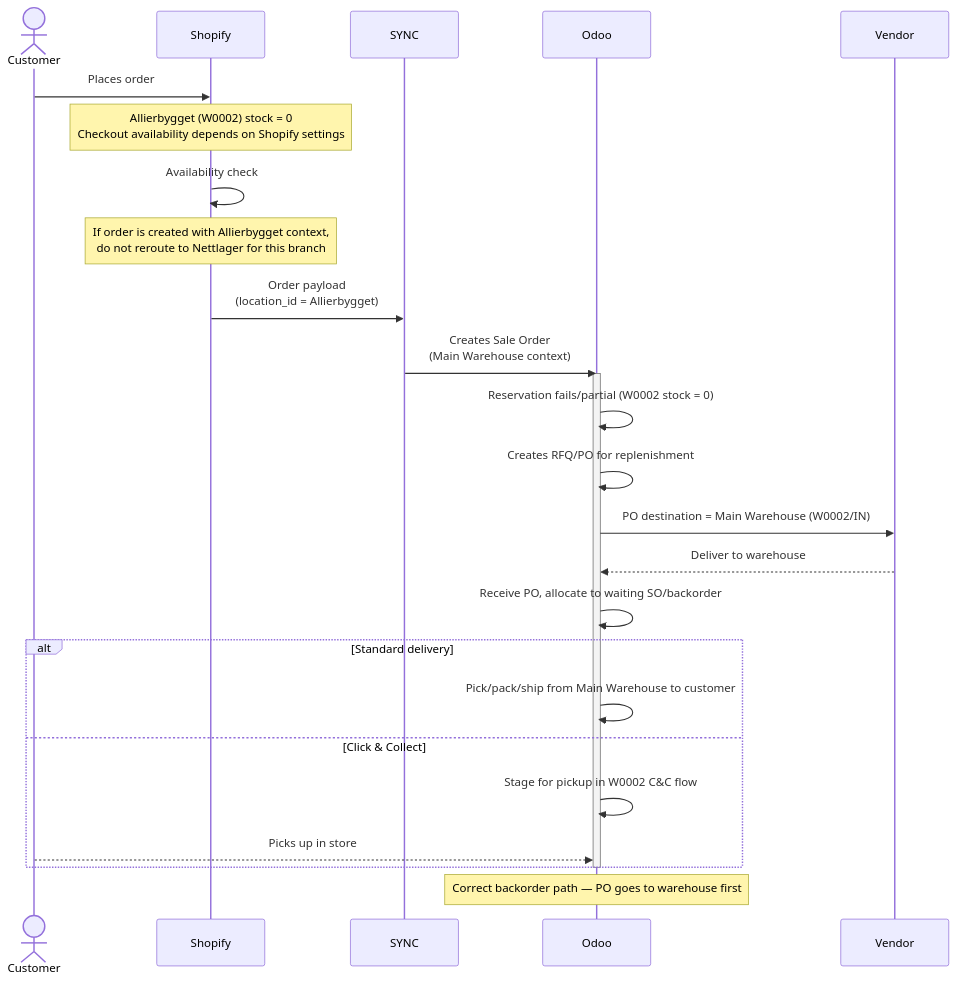
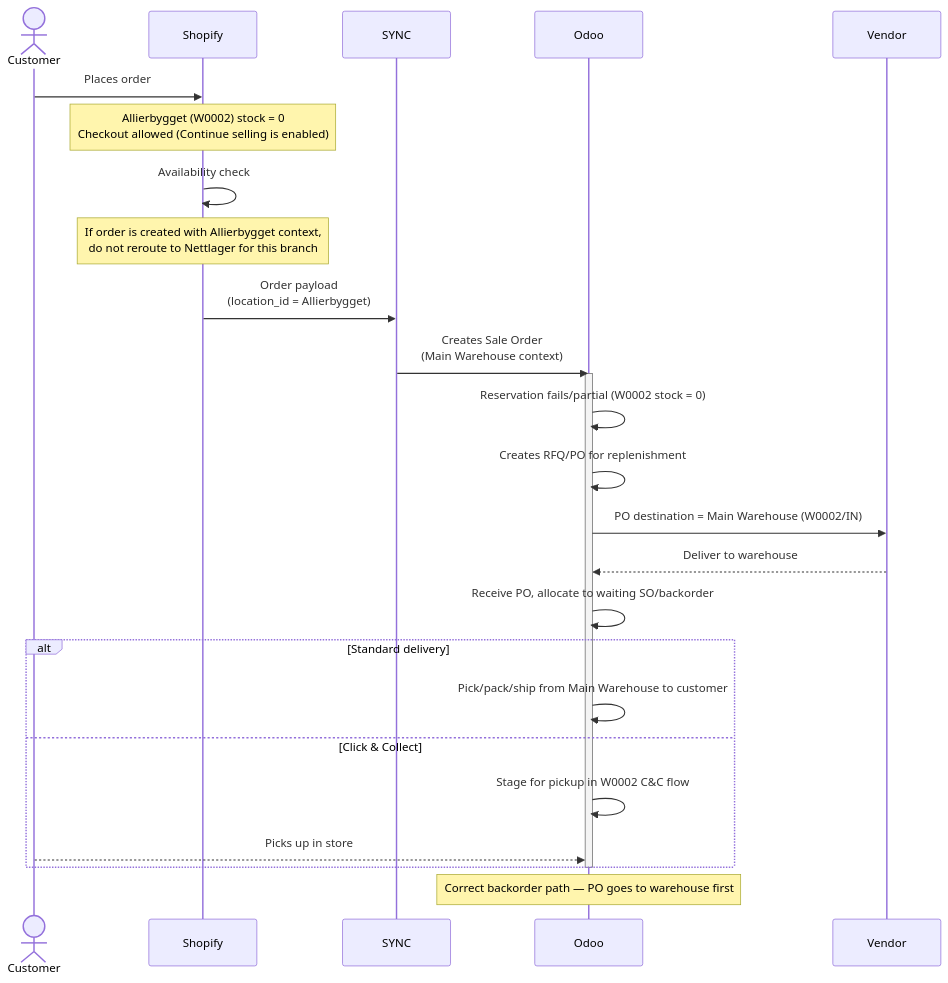
The tenth of 16 diagrams in shopify-sync-odoo-scenarios.md (ozan-droid/documents), drawn with Mermaid before and after one commit. The commit also changed other lines of this file, not shown here.

````diff
--- a/shopify-sync-odoo-scenarios.md
+++ b/shopify-sync-odoo-scenarios.md
@@ -441,33 +441,33 @@
 ```mermaid
 sequenceDiagram
     actor Customer
     participant Shopify
     participant SYNC
     participant Odoo
 
     Customer->>Shopify: Places order
 
-    Note over Shopify: Allierbygget (W0002) stock = 0<br/>Checkout availability depends on Shopify settings
+    Note over Shopify: Allierbygget (W0002) stock = 0<br/>Checkout allowed (Continue selling is enabled)
 
     Shopify->>Shopify: Availability check
     Note over Shopify: If order is created with Allierbygget context,<br/>do not reroute to Nettlager for this branch
 
     Shopify->>SYNC: Order payload<br/>(location_id = Allierbygget)
     SYNC->>Odoo: Creates Sale Order<br/>(Main Warehouse context)
 
     activate Odoo
     Odoo->>Odoo: Reservation fails/partial (W0002 stock = 0)
     Odoo->>Odoo: Creates RFQ/PO for replenishment
     Odoo->>Vendor: PO destination = Main Warehouse (W0002/IN)
     Vendor-->>Odoo: Deliver to warehouse
     Odoo->>Odoo: Receive PO, allocate to waiting SO/backorder
     alt Standard delivery
         Odoo->>Odoo: Pick/pack/ship from Main Warehouse to customer
     else Click & Collect
         Odoo->>Odoo: Stage for pickup in W0002 C&C flow
         Customer-->>Odoo: Picks up in store
     end
     deactivate Odoo
 
     Note over Odoo: Correct backorder path — PO goes to warehouse first
 ```
````
